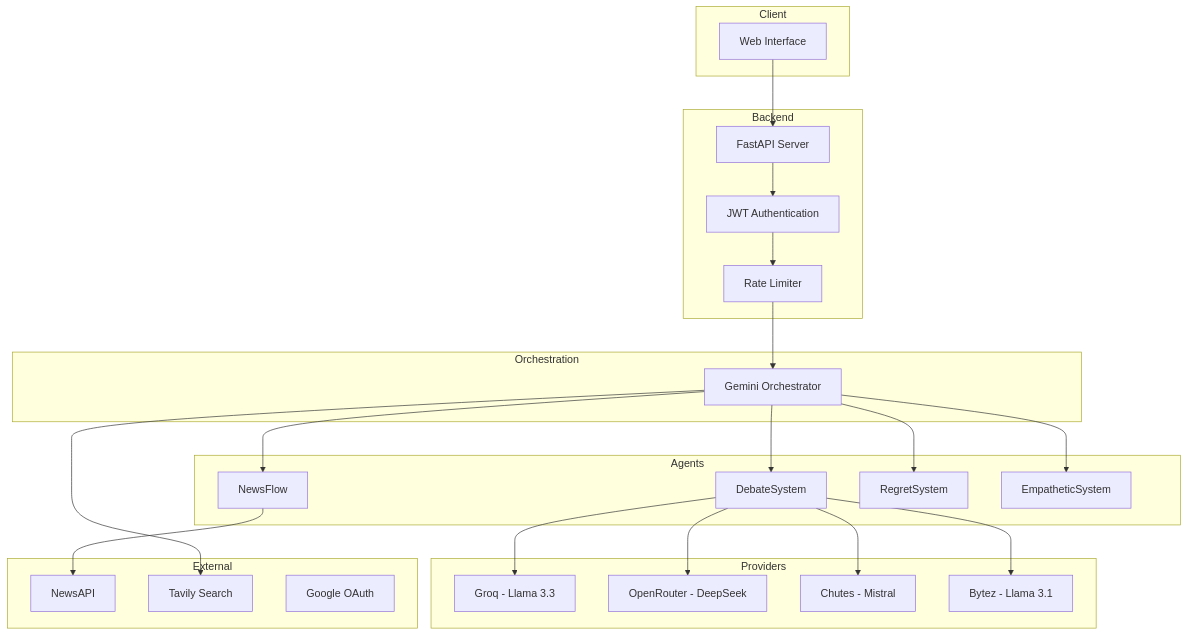
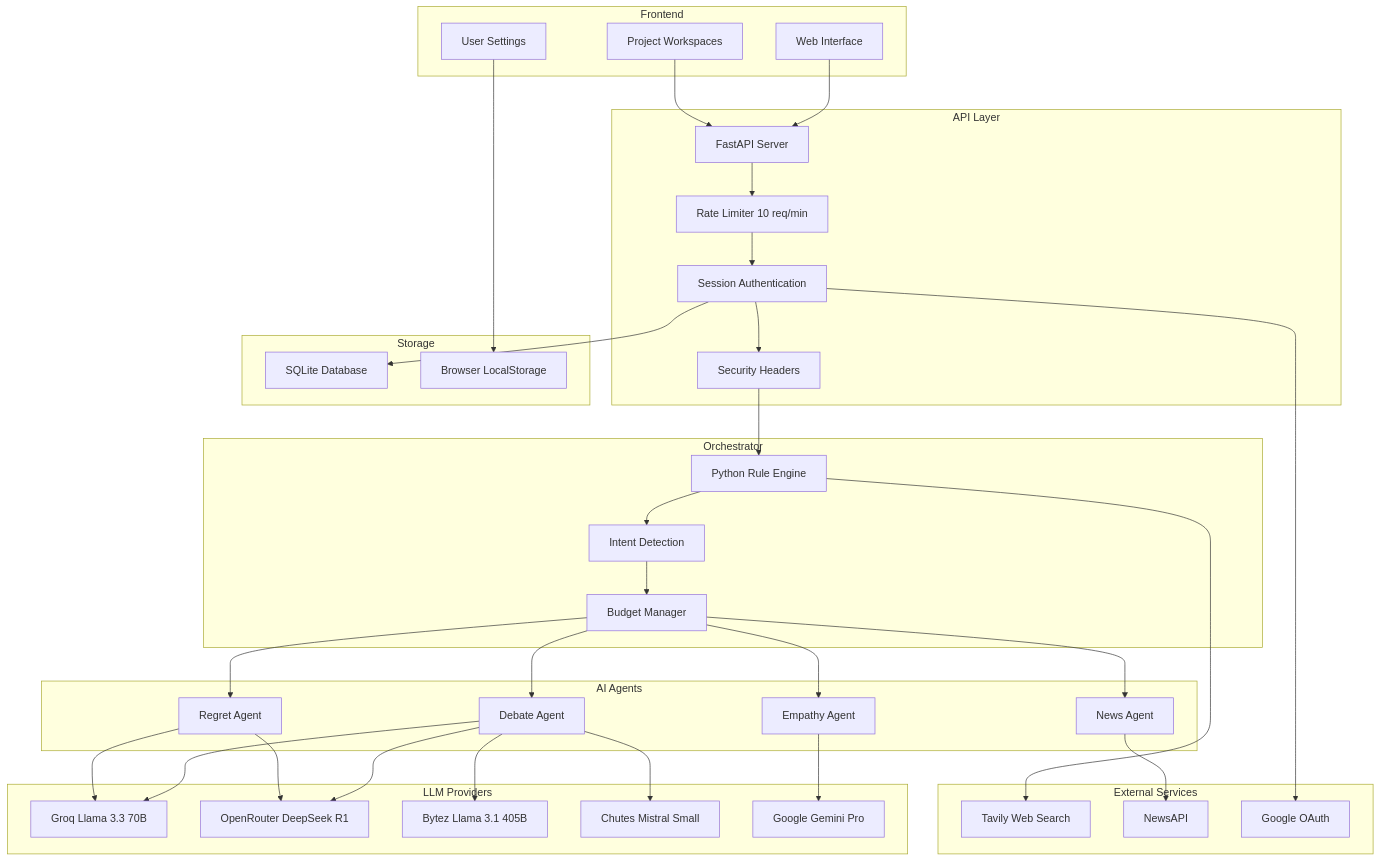
Before and after one commit to sayon999-d/Hike.ai: the first of 2 diagrams in README.md, drawn with Mermaid. The commit also changed other lines of this file, not shown here.

Commit message:
Update README with Mermaid architecture diagrams, no icons

````diff
--- a/README.md
+++ b/README.md
@@ -39,49 +44,76 @@
 ```mermaid
-flowchart TB
-    subgraph Client
+flowchart TD
+    subgraph Frontend
         UI[Web Interface]
+        Projects[Project Workspaces]
+        Settings[User Settings]
     end
 
-    subgraph Backend
-        API[FastAPI Server]
-        Auth[JWT Authentication]
-        Rate[Rate Limiter]
+    subgraph API Layer
+        FastAPI[FastAPI Server]
+        RateLimit[Rate Limiter 10 req/min]
+        Auth[Session Authentication]
+        Security[Security Headers]
     end
 
-    subgraph Orchestration
-        Gemini[Gemini Orchestrator]
+    subgraph Orchestrator
+        Rules[Python Rule Engine]
+        Intent[Intent Detection]
+        Budget[Budget Manager]
     end
 
-    subgraph Agents
-        News[NewsFlow]
-        Debate[DebateSystem]
-        Regret[RegretSystem]
-        Empathy[EmpatheticSystem]
+    subgraph AI Agents
+        NewsAgent[News Agent]
+        DebateAgent[Debate Agent]
+        RegretAgent[Regret Agent]
+        EmpathyAgent[Empathy Agent]
     end
 
-    subgraph Providers
-        Groq[Groq - Llama 3.3]
-        OpenRouter[OpenRouter - DeepSeek]
-        Chutes[Chutes - Mistral]
-        Bytez[Bytez - Llama 3.1]
+    subgraph LLM Providers
+        Groq[Groq Llama 3.3 70B]
+        OpenRouter[OpenRouter DeepSeek R1]
+        Bytez[Bytez Llama 3.1 405B]
+        Chutes[Chutes Mistral Small]
+        Gemini[Google Gemini Pro]
     end
 
-    subgraph External
+    subgraph External Services
+        Tavily[Tavily Web Search]
         NewsAPI[NewsAPI]
-        Tavily[Tavily Search]
-        GoogleAuth[Google OAuth]
+        GoogleOAuth[Google OAuth]
     end
 
-    UI --> API
-    API --> Auth --> Rate --> Gemini
-    Gemini --> News
-    Gemini --> Debate
-    Gemini --> Regret
-    Gemini --> Empathy
-    News --> NewsAPI
-    Debate --> Groq
-    Debate --> OpenRouter
-    Debate --> Chutes
-    Debate --> Bytez
-    Gemini --> Tavily
+    subgraph Storage
+        SQLite[SQLite Database]
+        LocalStorage[Browser LocalStorage]
+    end
+
+    UI --> FastAPI
+    Projects --> FastAPI
+    Settings --> LocalStorage
+
+    FastAPI --> RateLimit
+    RateLimit --> Auth
+    Auth --> Security
+    Security --> Rules
+
+    Rules --> Intent
+    Intent --> Budget
+    Budget --> NewsAgent
+    Budget --> DebateAgent
+    Budget --> RegretAgent
+    Budget --> EmpathyAgent
+
+    NewsAgent --> NewsAPI
+    DebateAgent --> Groq
+    DebateAgent --> OpenRouter
+    DebateAgent --> Bytez
+    DebateAgent --> Chutes
+    RegretAgent --> Groq
+    RegretAgent --> OpenRouter
+    EmpathyAgent --> Gemini
+    
+    Rules --> Tavily
+    Auth --> SQLite
+    Auth --> GoogleOAuth
 ```
````
